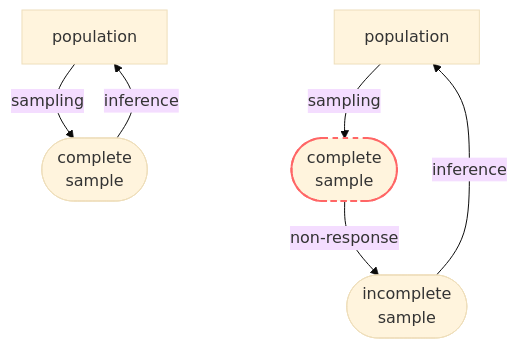
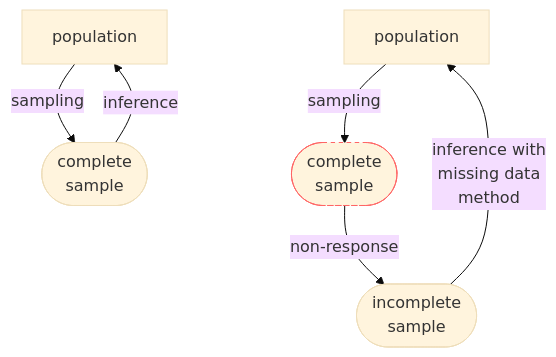
One commit to hanneoberman/dissertation changed the first of 3 diagrams in dissertation.qmd. Above: the diagram before and after it, drawn with Mermaid (base theme). The commit also changed other lines of this file, not shown here.

Commit message:
flow chart note

````diff
--- a/dissertation.qmd
+++ b/dissertation.qmd
@@ -326,14 +328,14 @@
 ```{mermaid}
-%%| fig-height: 2
+%%| fig-height: 2.2
 
 flowchart TD
   A1[population] --sampling--> B1([complete<br> sample])
   B1 --inference--> A1
 
 x:::hidden ~~~ y:::hidden
 classDef hidden display: none;
 
   A2[population] --sampling--> B2([complete<br> sample]) --non-response--> C2([incomplete<br> sample])
-  style B2 stroke:#f66,stroke-width:2px,stroke-dasharray: 5 5
-  C2 --inference--> A2
+  style B2 stroke:#f66,stroke-width:1px,stroke-dasharray: 4
+  C2 --inference with<br>missing data<br>method--> A2
 ```
````
